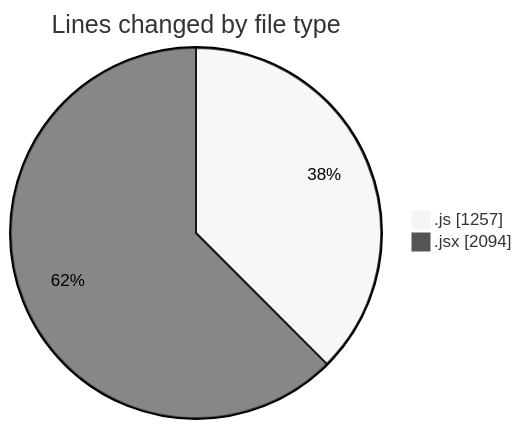
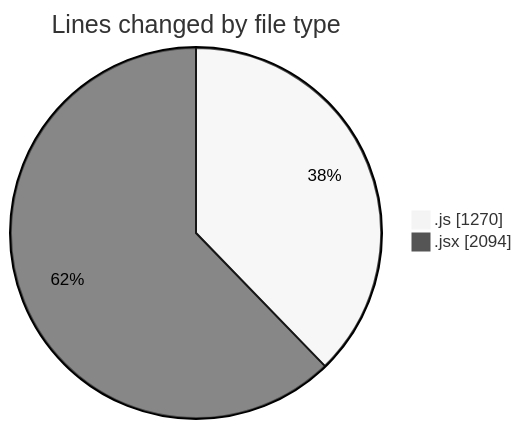
The first of 2 diagrams in 2025-09-01/nxtqube_webapp/README.md (nxtqubesakshisongat/code-tracking), drawn with Mermaid (neutral theme) before and after one commit. The commit also changed other lines of this file and 1 other file, not shown here.

````diff
--- a/2025-09-01/nxtqube_webapp/README.md
+++ b/2025-09-01/nxtqube_webapp/README.md
@@ -25,6 +25,6 @@
 ```mermaid
 pie showData
 title Lines changed by file type
-".js" : 1257
+".js" : 1270
 ".jsx" : 2094
 ```
````
